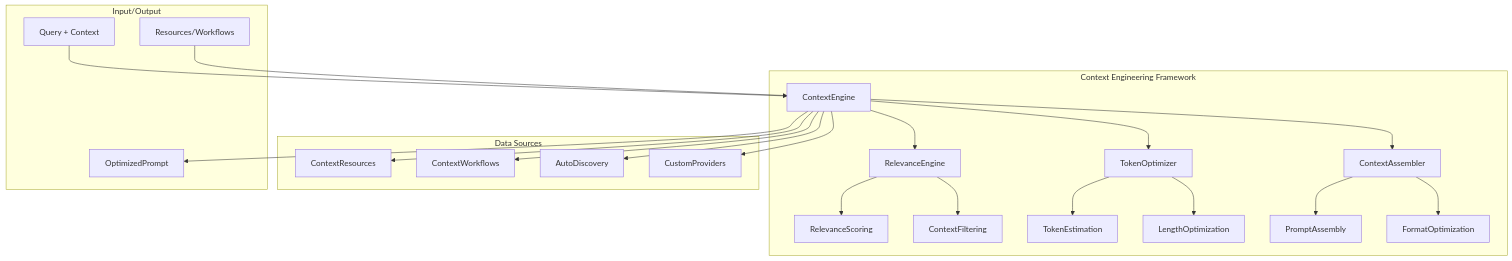
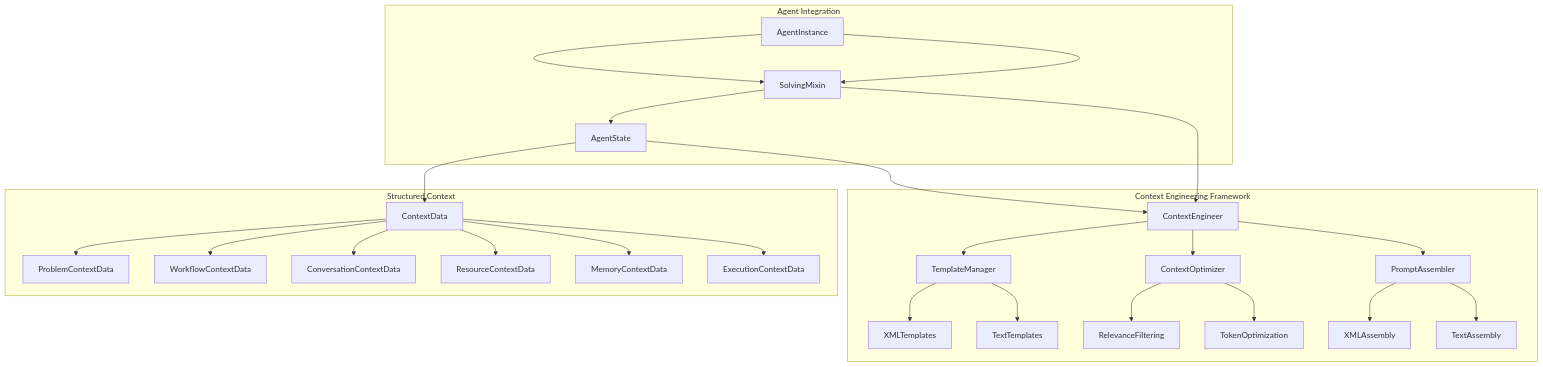
Before and after one commit to aitomatic/dana: the first of 5 diagrams in dana/specs/frameworks/ctxeng/ctxeng.md, drawn with Mermaid. The commit also changed other lines of this file and 14 other files, not shown here.

First line of the commit message:
Update agent solving and context engineering framework

````diff
--- a/dana/specs/frameworks/ctxeng/ctxeng.md
+++ b/dana/specs/frameworks/ctxeng/ctxeng.md
@@ -1135,35 +1219,44 @@
 ```mermaid
 graph TB
     subgraph "Context Engineering Framework"
-        A[ContextEngine] --> B[RelevanceEngine]
-        A --> C[TokenOptimizer]
-        A --> D[ContextAssembler]
+        A[ContextEngineer] --> B[TemplateManager]
+        A --> C[ContextOptimizer]
+        A --> D[PromptAssembler]
         
-        B --> E[RelevanceScoring]
-        B --> F[ContextFiltering]
+        B --> E[XMLTemplates]
+        B --> F[TextTemplates]
         
-        C --> G[TokenEstimation]
-        C --> H[LengthOptimization]
+        C --> G[RelevanceFiltering]
+        C --> H[TokenOptimization]
         
-        D --> I[PromptAssembly]
-        D --> J[FormatOptimization]
+        D --> I[XMLAssembly]
+        D --> J[TextAssembly]
     end
     
-    subgraph "Data Sources"
-        K[ContextResources]
-        L[ContextWorkflows]
-        M[AutoDiscovery]
-        N[CustomProviders]
+    subgraph "Structured Context"
+        K[ContextData]
+        L[ProblemContextData]
+        M[WorkflowContextData]
+        N[ConversationContextData]
+        O[ResourceContextData]
+        P[MemoryContextData]
+        Q[ExecutionContextData]
     end
     
-    subgraph "Input/Output"
-        O[Query + Context] --> A
-        A --> P[OptimizedPrompt]
-        Q[Resources/Workflows] --> A
+    subgraph "Agent Integration"
+        R[AgentState] --> K
+        S[SolvingMixin] --> A
+        T[AgentInstance] --> S
     end
     
-    A --> K
-    A --> L
-    A --> M
-    A --> N
+    K --> L
+    K --> M
+    K --> N
+    K --> O
+    K --> P
+    K --> Q
+    
+    R --> A
+    S --> R
+    T --> S
 ```
````
